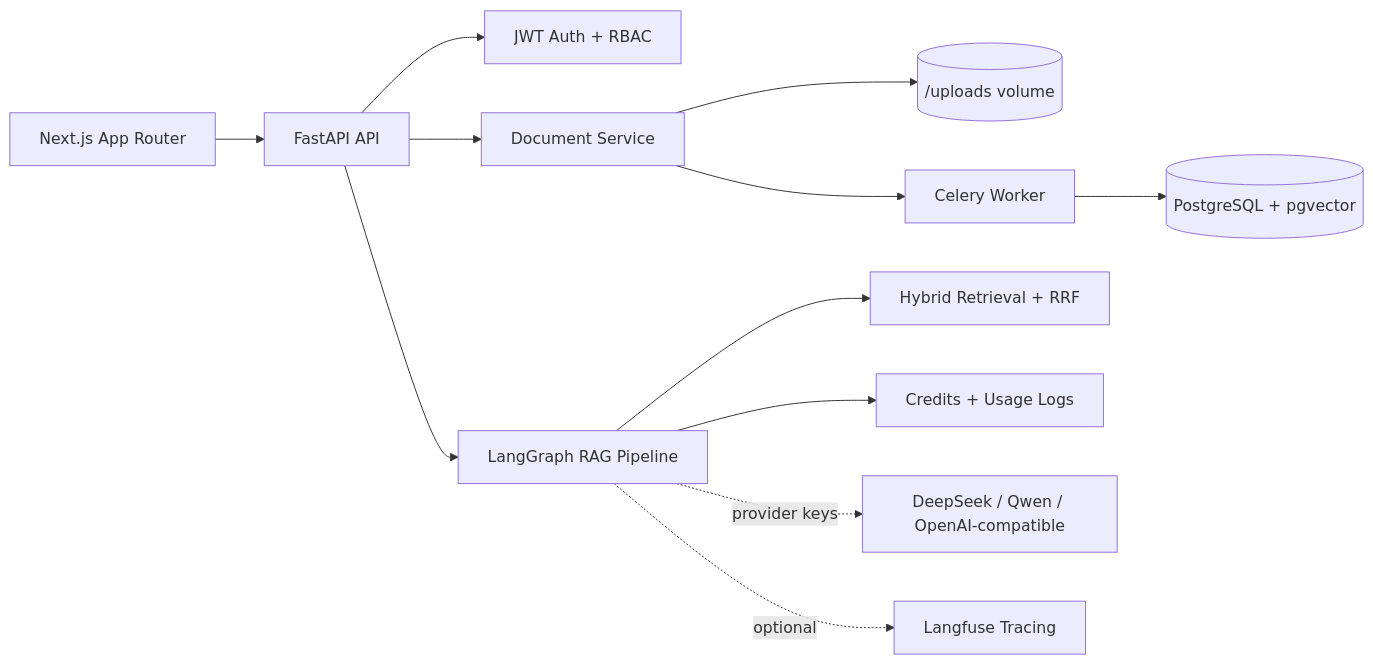
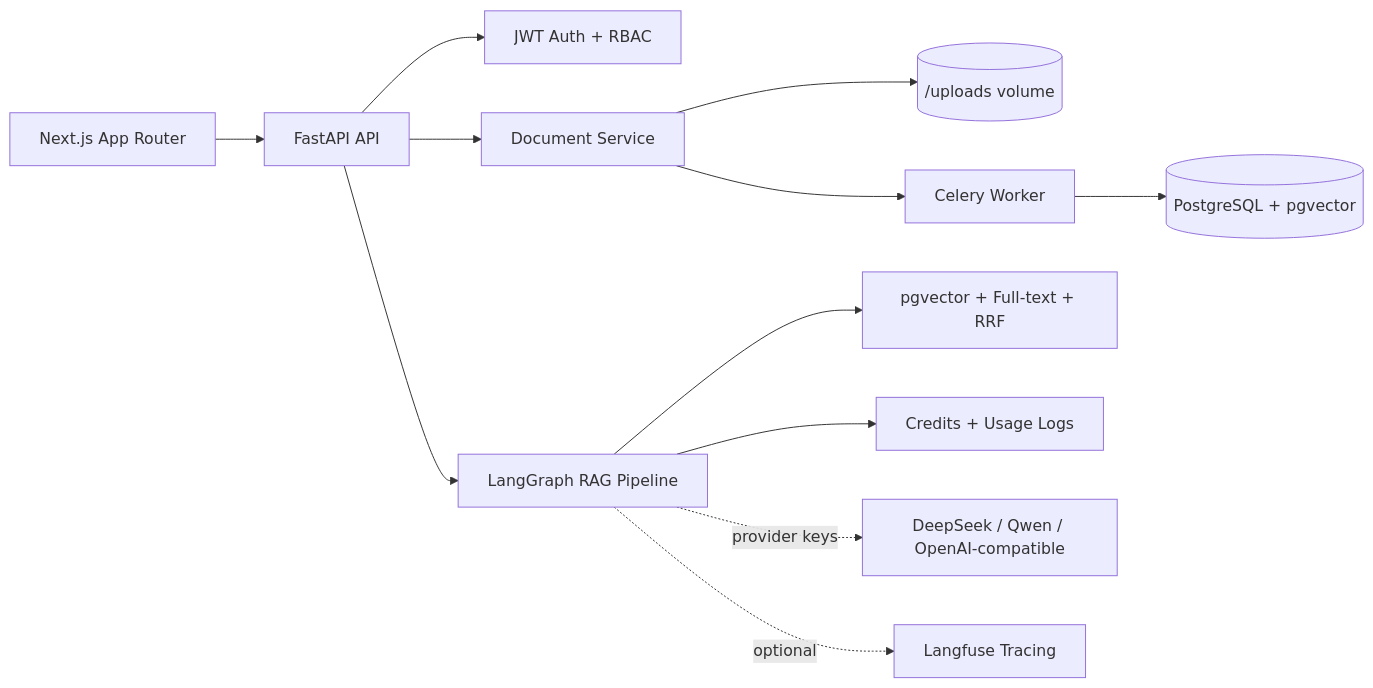
Before and after one commit to Shifu710/smartdocs-ai: the diagram in README.md, drawn with Mermaid. The commit also changed other lines of this file and 34 other files, not shown here.

Commit message:
feat: complete smartdocs rag gateway flow

````diff
--- a/README.md
+++ b/README.md
@@ -57,14 +66,14 @@
 ```mermaid
 flowchart LR
   Browser["Next.js App Router"] --> API["FastAPI API"]
   API --> Auth["JWT Auth + RBAC"]
   API --> Docs["Document Service"]
   Docs --> Uploads[("/uploads volume")]
   Docs --> Worker["Celery Worker"]
   Worker --> PG[("PostgreSQL + pgvector")]
   API --> RAG["LangGraph RAG Pipeline"]
-  RAG --> Retrieval["Hybrid Retrieval + RRF"]
+  RAG --> Retrieval["pgvector + Full-text + RRF"]
   RAG --> Billing["Credits + Usage Logs"]
   RAG -. provider keys .-> Gateway["DeepSeek / Qwen / OpenAI-compatible"]
   RAG -. optional .-> Langfuse["Langfuse Tracing"]
 ```
````
